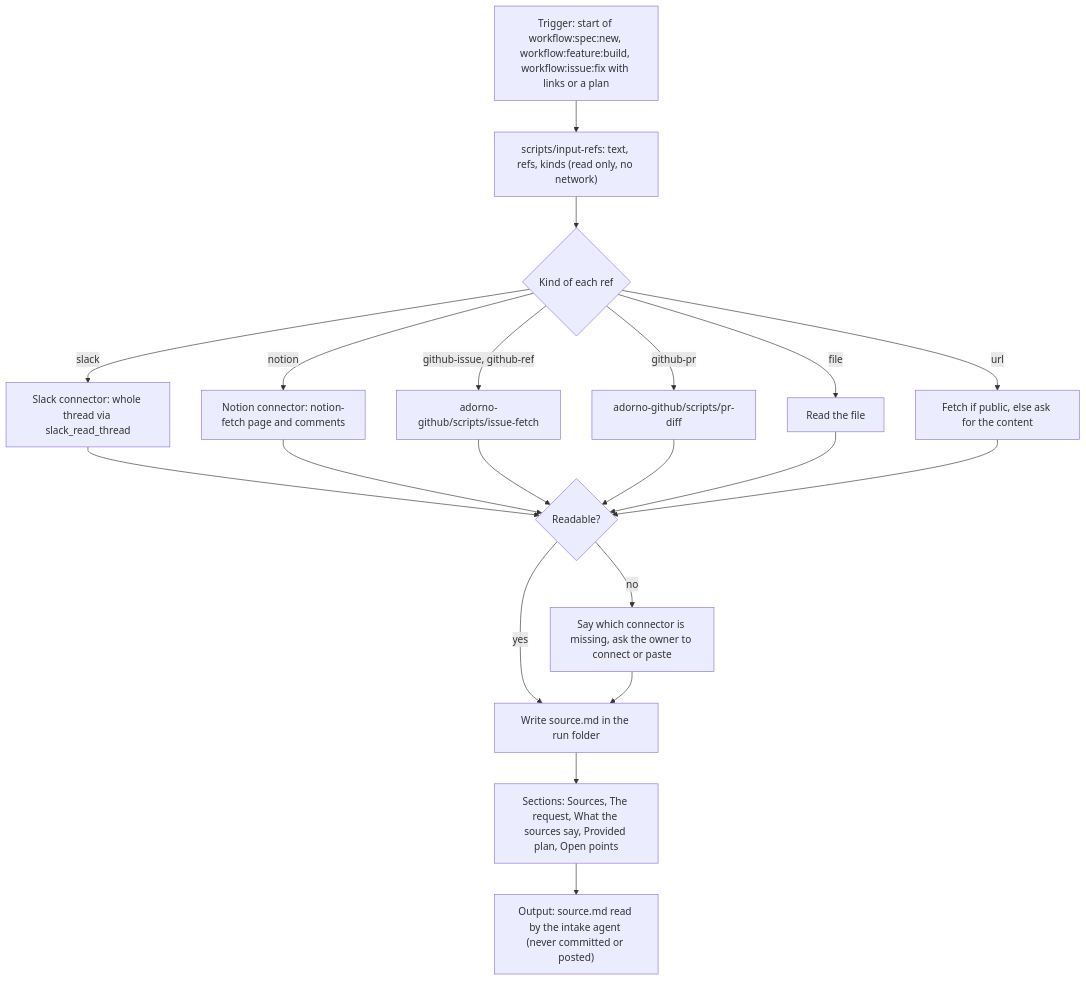
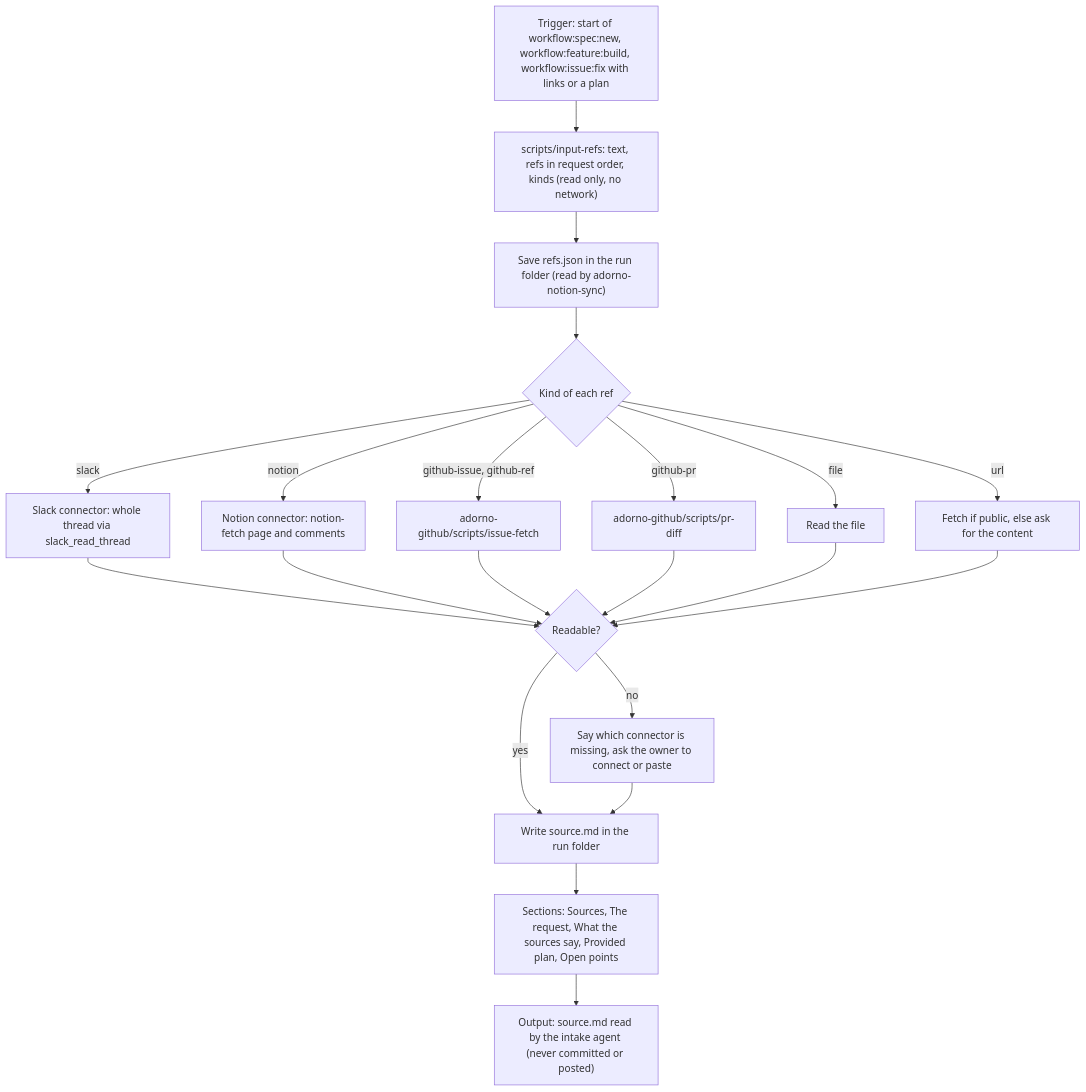
Before and after one commit to nicolasmondain/adorno: the diagram in src/skills/adorno-inputs/SCHEMA.md, drawn with Mermaid. The commit also changed 58 other files, not shown here.

First line of the commit message:
feat(workflows): set the Notion spec page properties at start and PR open (#4)

````diff
--- a/src/skills/adorno-inputs/SCHEMA.md
+++ b/src/skills/adorno-inputs/SCHEMA.md
@@ -3,22 +3,23 @@
 ```mermaid
 flowchart TD
-  T["Trigger: start of workflow:spec:new, workflow:feature:build, workflow:issue:fix with links or a plan"] --> IR["scripts/input-refs: text, refs, kinds (read only, no network)"]
-  IR --> K{"Kind of each ref"}
+  T["Trigger: start of workflow:spec:new, workflow:feature:build, workflow:issue:fix with links or a plan"] --> IR["scripts/input-refs: text, refs in request order, kinds (read only, no network)"]
+  IR --> RJ["Save refs.json in the run folder (read by adorno-notion-sync)"]
+  RJ --> K{"Kind of each ref"}
   K -->|"slack"| SL["Slack connector: whole thread via slack_read_thread"]
   K -->|"notion"| NO["Notion connector: notion-fetch page and comments"]
   K -->|"github-issue, github-ref"| GI["adorno-github/scripts/issue-fetch"]
   K -->|"github-pr"| GP["adorno-github/scripts/pr-diff"]
   K -->|"file"| FI["Read the file"]
   K -->|"url"| UR["Fetch if public, else ask for the content"]
   SL --> OK{"Readable?"}
   NO --> OK
   GI --> OK
   GP --> OK
   FI --> OK
   UR --> OK
   OK -->|"no"| MS["Say which connector is missing, ask the owner to connect or paste"]
   OK -->|"yes"| W["Write source.md in the run folder"]
   MS --> W
   W --> SEC["Sections: Sources, The request, What the sources say, Provided plan, Open points"]
   SEC --> OUT["Output: source.md read by the intake agent (never committed or posted)"]
 ```
````
